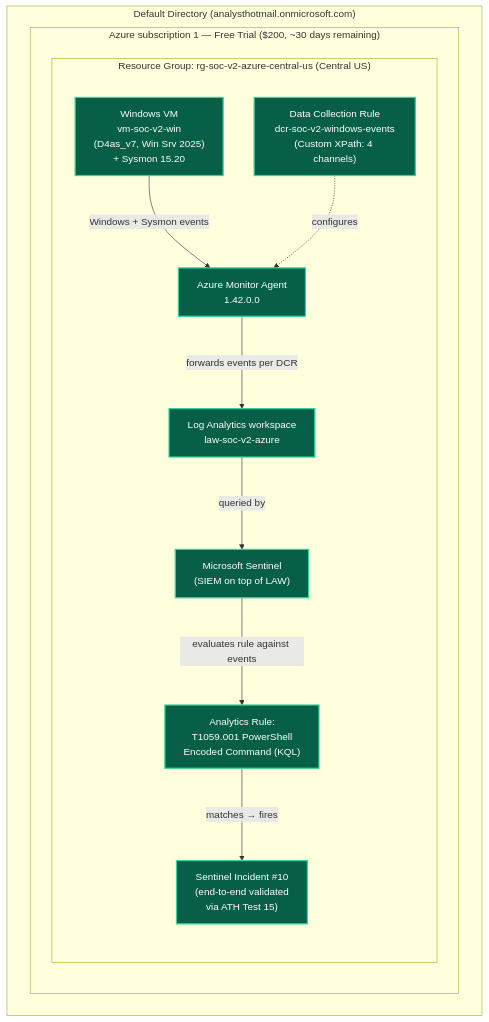
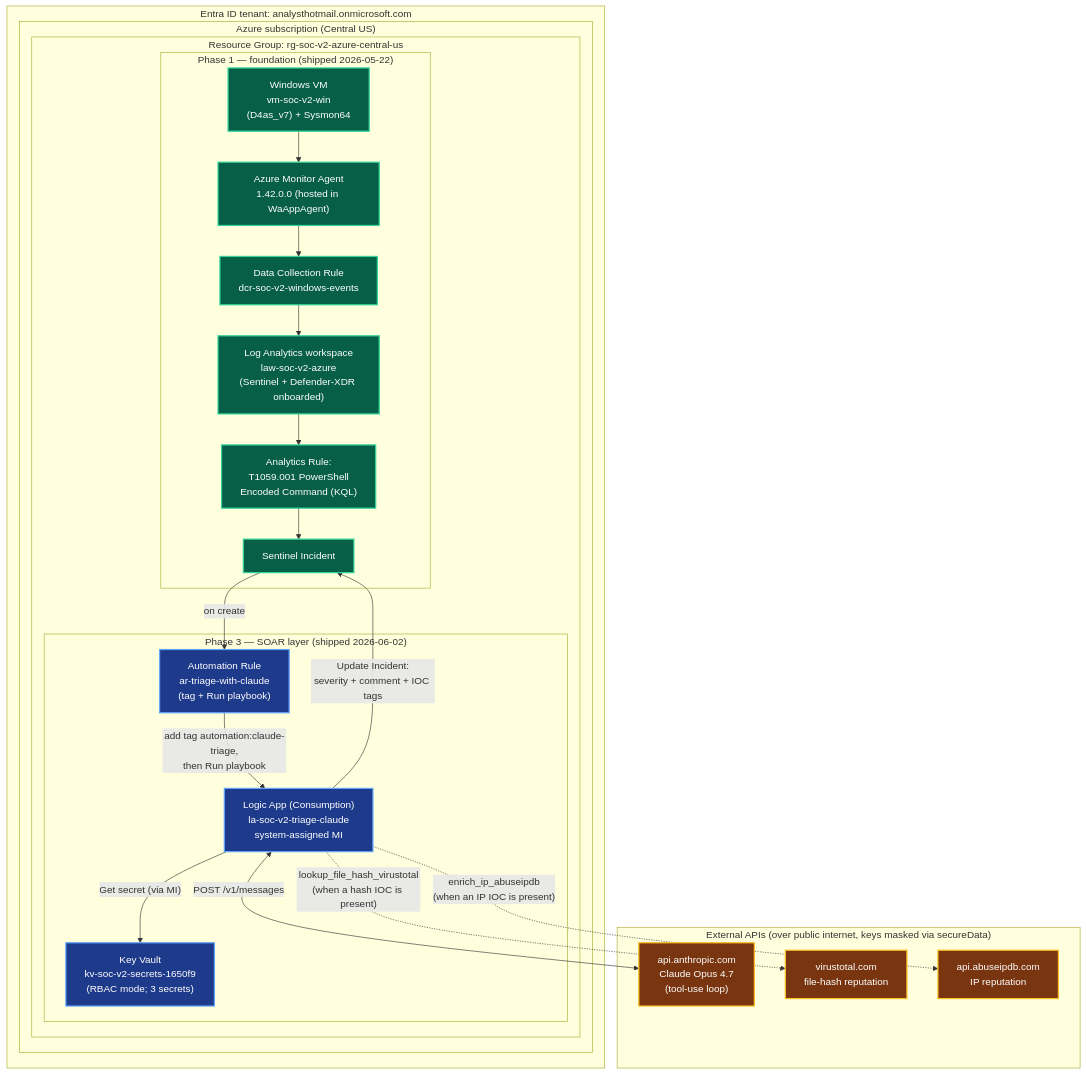
Before and after one commit to Armando-ic/SOC-Automation-Project: the first of 2 diagrams in v2-azure/architecture/current-state.md, drawn with Mermaid. The commit also changed other lines of this file and 4 other files, not shown here.

First line of the commit message:
docs(v3-microsoft-native): Phase 3 SOAR deliverables (runbook, case study, diagram, README, spec flip)

````diff
--- a/v2-azure/architecture/current-state.md
+++ b/v2-azure/architecture/current-state.md
@@ -9,26 +11,43 @@
 ```mermaid
 flowchart TB
-    subgraph Tenant["Default Directory (analysthotmail.onmicrosoft.com)"]
-        subgraph Sub["Azure subscription 1 — Free Trial ($200, ~30 days remaining)"]
-            subgraph RG["Resource Group: rg-soc-v2-azure-central-us (Central US)"]
-                VM["Windows VM<br/>vm-soc-v2-win<br/>(D4as_v7, Win Srv 2025)<br/>+ Sysmon 15.20"]:::done
-                AMA["Azure Monitor Agent<br/>1.42.0.0"]:::done
-                DCR["Data Collection Rule<br/>dcr-soc-v2-windows-events<br/>(Custom XPath: 4 channels)"]:::done
-                LAW["Log Analytics workspace<br/>law-soc-v2-azure"]:::done
-                Sentinel["Microsoft Sentinel<br/>(SIEM on top of LAW)"]:::done
-                Rule["Analytics Rule:<br/>T1059.001 PowerShell<br/>Encoded Command (KQL)"]:::done
-                Inc["Sentinel Incident #10<br/>(end-to-end validated<br/>via ATH Test 15)"]:::done
+    subgraph Tenant["Entra ID tenant: analysthotmail.onmicrosoft.com"]
+        subgraph Sub["Azure subscription (Central US)"]
+            subgraph RG["Resource Group: rg-soc-v2-azure-central-us"]
+
+                subgraph P1["Phase 1 — foundation (shipped 2026-05-22)"]
+                    VM["Windows VM<br/>vm-soc-v2-win<br/>(D4as_v7) + Sysmon64"]:::done
+                    AMA["Azure Monitor Agent<br/>1.42.0.0 (hosted in WaAppAgent)"]:::done
+                    DCR["Data Collection Rule<br/>dcr-soc-v2-windows-events"]:::done
+                    LAW["Log Analytics workspace<br/>law-soc-v2-azure<br/>(Sentinel + Defender-XDR onboarded)"]:::done
+                    Rule["Analytics Rule:<br/>T1059.001 PowerShell<br/>Encoded Command (KQL)"]:::done
+                    Inc["Sentinel Incident"]:::done
+                end
+
+                subgraph P3["Phase 3 — SOAR layer (shipped 2026-06-02)"]
+                    KV["Key Vault<br/>kv-soc-v2-secrets-1650f9<br/>(RBAC mode; 3 secrets)"]:::soar
+                    LA["Logic App (Consumption)<br/>la-soc-v2-triage-claude<br/>system-assigned MI"]:::soar
+                    AR["Automation Rule<br/>ar-triage-with-claude<br/>(tag + Run playbook)"]:::soar
+                end
             end
         end
     end
 
-    VM -->|"Windows + Sysmon events"| AMA
-    AMA -->|"forwards events per DCR"| LAW
-    DCR -.->|"configures"| AMA
-    LAW -->|"queried by"| Sentinel
-    Sentinel -->|"evaluates rule against events"| Rule
-    Rule -->|"matches → fires"| Inc
+    subgraph ExtAPIs["External APIs (over public internet, keys masked via secureData)"]
+        Anthropic["api.anthropic.com<br/>Claude Opus 4.7<br/>(tool-use loop)"]:::ext
+        VT["virustotal.com<br/>file-hash reputation"]:::ext
+        AbuseIPDB["api.abuseipdb.com<br/>IP reputation"]:::ext
+    end
+
+    VM --> AMA --> DCR --> LAW --> Rule --> Inc
+    Inc -->|"on create"| AR
+    AR -->|"add tag automation:claude-triage,<br/>then Run playbook"| LA
+    LA -->|"Get secret (via MI)"| KV
+    LA <-->|"POST /v1/messages"| Anthropic
+    LA -.->|"enrich_ip_abuseipdb<br/>(when an IP IOC is present)"| AbuseIPDB
+    LA -.->|"lookup_file_hash_virustotal<br/>(when a hash IOC is present)"| VT
+    LA -->|"Update Incident:<br/>severity + comment + IOC tags"| Inc
 
     classDef done fill:#065f46,stroke:#34d399,color:#fff,stroke-width:2px
-    classDef pending fill:#1f2937,stroke:#6b7280,color:#d1d5db,stroke-dasharray: 5 5
+    classDef soar fill:#1e3a8a,stroke:#60a5fa,color:#fff,stroke-width:2px
+    classDef ext fill:#78350f,stroke:#fbbf24,color:#fff,stroke-width:2px
 ```
````
